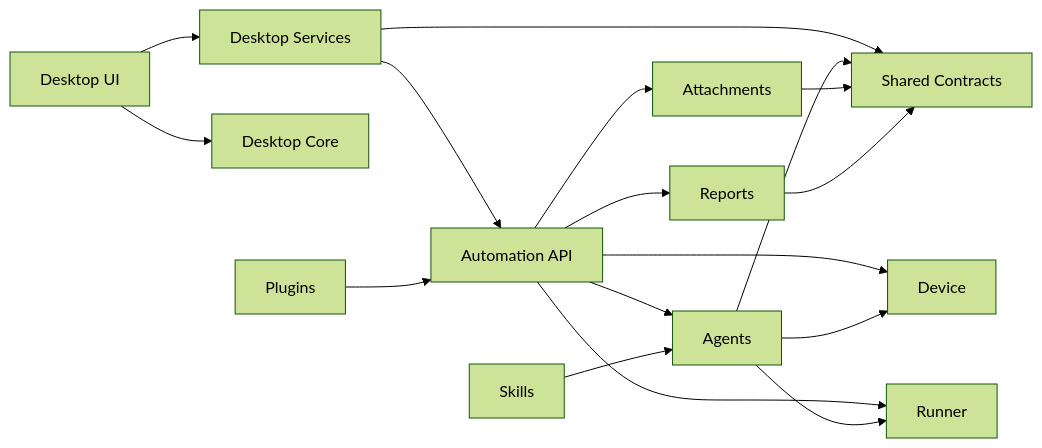
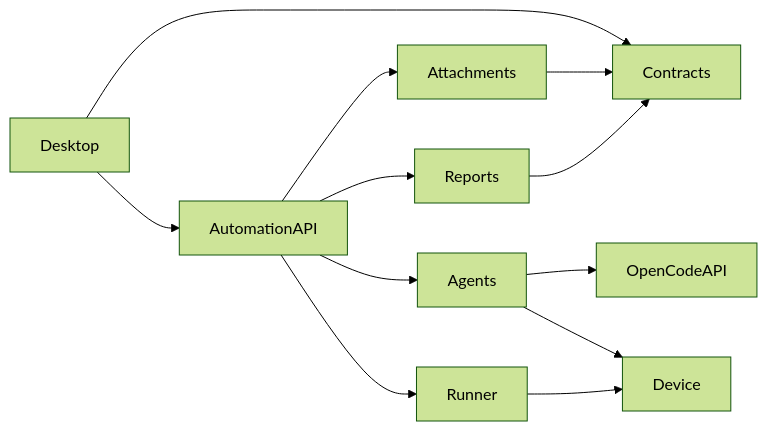
Before and after one commit to Zedex666/AI_Mobile_Test_Studio_Codex: the second of 2 diagrams in docs/PROJECT_STRUCTURE.md, drawn with Mermaid (forest theme). The commit also changed other lines of this file and 46 other files, not shown here.

````diff
--- a/docs/PROJECT_STRUCTURE.md
+++ b/docs/PROJECT_STRUCTURE.md
@@ -66,19 +162,14 @@
 ```mermaid
 flowchart LR
-    UI["Desktop UI"] --> DesktopServices["Desktop Services"]
-    UI --> DesktopCore["Desktop Core"]
-    DesktopServices --> Contracts["Shared Contracts"]
-    DesktopServices --> AutomationAPI["Automation API"]
-    AutomationAPI --> Agents["Agents"]
-    AutomationAPI --> Device["Device"]
-    AutomationAPI --> Attachments["Attachments"]
-    AutomationAPI --> Runner["Runner"]
-    AutomationAPI --> Reports["Reports"]
+    Desktop --> Contracts
+    Desktop --> AutomationAPI
+    AutomationAPI --> Agents
+    AutomationAPI --> Runner
+    AutomationAPI --> Attachments
+    AutomationAPI --> Reports
+    Agents --> OpenCodeAPI
     Agents --> Device
-    Agents --> Runner
-    Agents --> Contracts
+    Runner --> Device
     Attachments --> Contracts
     Reports --> Contracts
-    Plugins["Plugins"] --> AutomationAPI
-    Skills["Skills"] --> Agents
 ```
````
